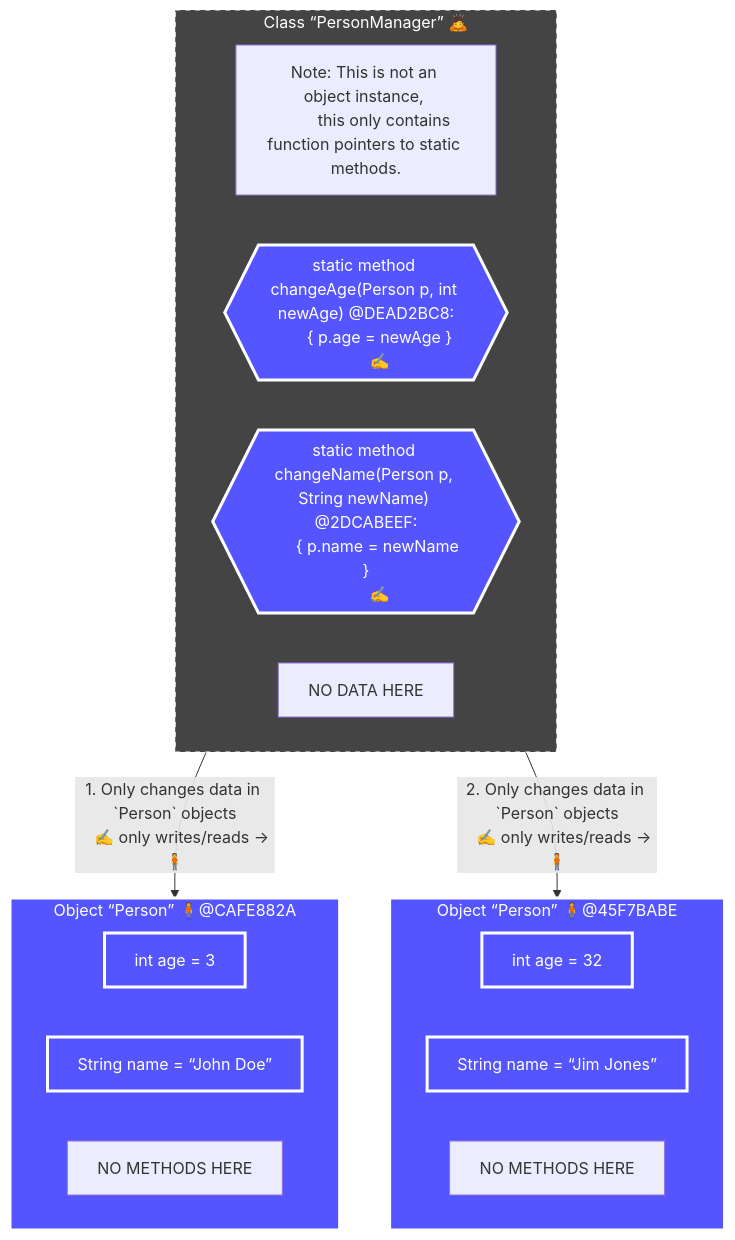
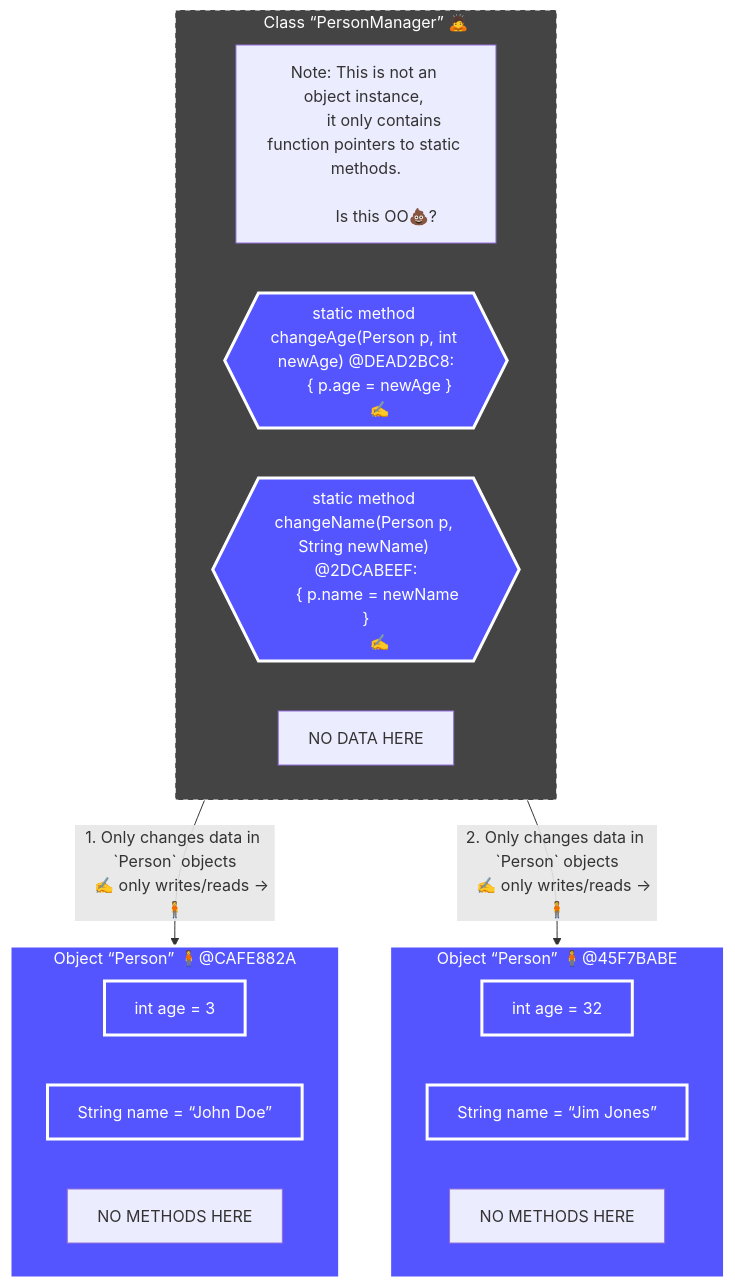
The third of 8 diagrams in 09-ClassOrientedProgramming.md (realityexpander/How_to_program_from_ground_up), drawn with Mermaid before and after one commit.

Commit message:
improve static diagrams

````diff
--- a/09-ClassOrientedProgramming.md
+++ b/09-ClassOrientedProgramming.md
@@ -241,46 +241,49 @@
     ```mermaid
        flowchart TB
     
        PersonManager -- "
           1. Only changes data in `Person` objects
           ✍️ only writes/reads ->🧍
           " --> Person:::Object
        PersonManager -- "
           2. Only changes data in `Person` objects
           ✍️ only writes/reads ->🧍
           " --> Person2:::Object 
       
       
        subgraph Person["Object “Person”  🧍@CAFE882A"]
           personObjectAgeInt["int age = 3"]:::Object
           personObjectNameString["String name = “John Doe”"]:::Object 
           
           HasNoMethods["NO METHODS HERE"]
        end
       
        subgraph Person2["Object “Person”  🧍@45F7BABE"]
           personObjectAgeInt2["int age = 32"]:::Object
           personObjectNameString2["String name = “Jim Jones”"]:::Object 
           
           HasNoMethods2["NO METHODS HERE"]
        end
     
        subgraph PersonManager["Class “PersonManager” 🙇‍"]
           note["Note: This is not an object instance, 
-                this only contains function pointers to static methods."]
+                it only contains function pointers to static methods.
+                
+                Is this OO💩?
+          "]
           PersonManagerClassChangeAgeMethodFunctionPointer{{"
              static method changeAge(Person p, int newAge) @DEAD2BC8:
              { p.age = newAge }
              ✍️"}}:::Object
           PersonManagerClassChangeNameMethodFunctionPointer{{"
              static method changeName(Person p, String newName) @2DCABEEF:
              { p.name = newName }
              ✍️"}}:::Object
           
           HasNoData["NO DATA HERE"]
        end
     
     
        style PersonManager fill:#444, stroke:#FFF, stroke-width:1px, color:#FFF, stroke-dasharray: 5 5 
        classDef Object fill:#55F, stroke:#FFF, stroke-width:3px, color:#fff
     ```
````
